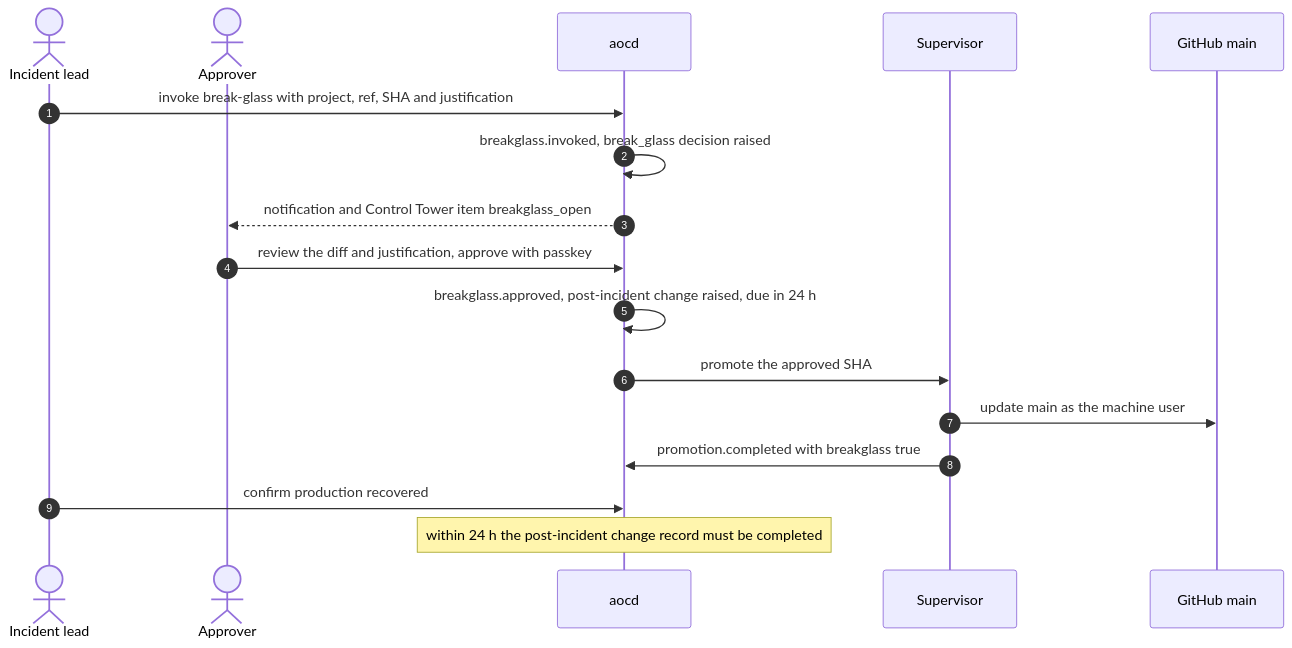
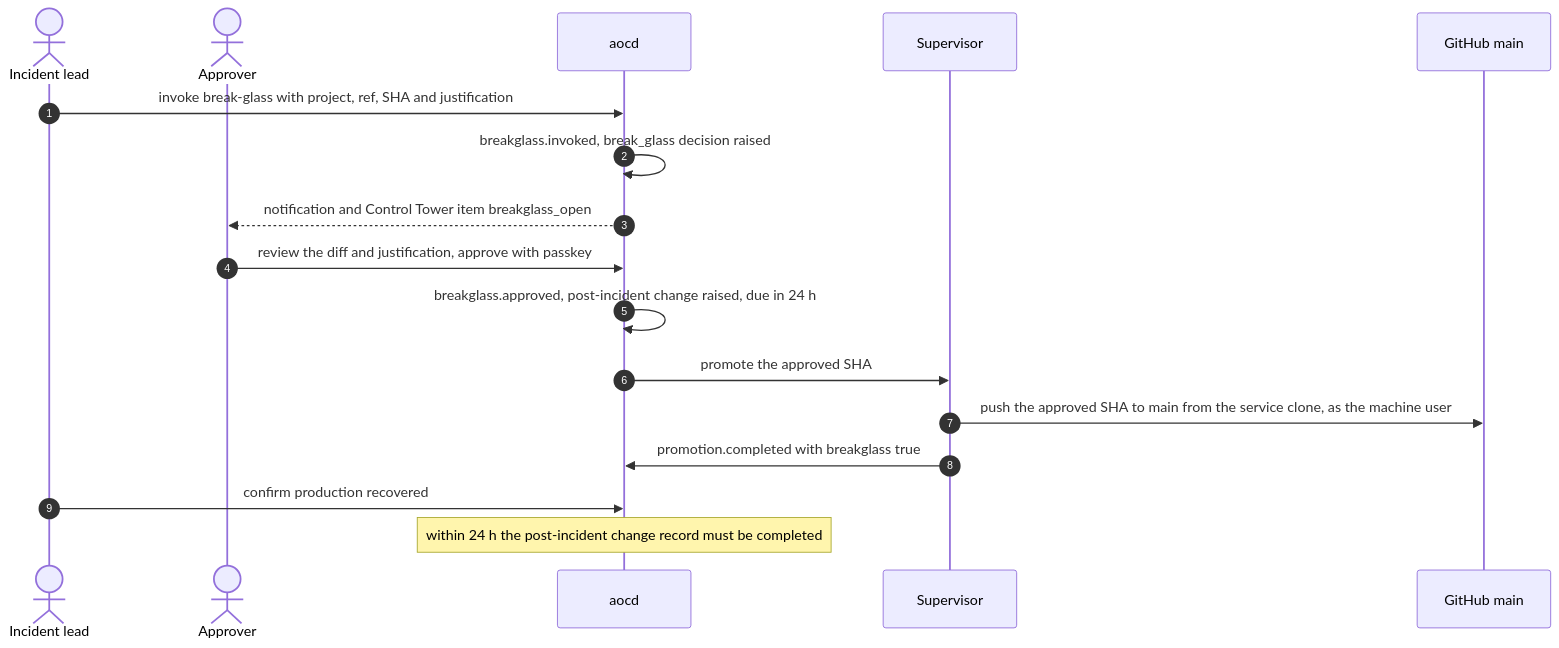
One commit to skchiew-bot/maia changed the diagram in docs/runbooks/incident-break-glass.md. Above: the diagram before and after it, drawn with Mermaid. The commit also changed other lines of this file and 2 other files, not shown here.

````diff
--- a/docs/runbooks/incident-break-glass.md
+++ b/docs/runbooks/incident-break-glass.md
@@ -41,19 +41,19 @@
 ```mermaid
 sequenceDiagram
   autonumber
   actor IL as Incident lead
   actor AP as Approver
   participant AOC as aocd
   participant SUP as Supervisor
   participant GH as GitHub main
   IL->>AOC: invoke break-glass with project, ref, SHA and justification
   AOC->>AOC: breakglass.invoked, break_glass decision raised
   AOC-->>AP: notification and Control Tower item breakglass_open
   AP->>AOC: review the diff and justification, approve with passkey
   AOC->>AOC: breakglass.approved, post-incident change raised, due in 24 h
   AOC->>SUP: promote the approved SHA
-  SUP->>GH: update main as the machine user
+  SUP->>GH: push the approved SHA to main from the service clone, as the machine user
   SUP->>AOC: promotion.completed with breakglass true
   IL->>AOC: confirm production recovered
   Note over AOC: within 24 h the post-incident change record must be completed
 ```
````
